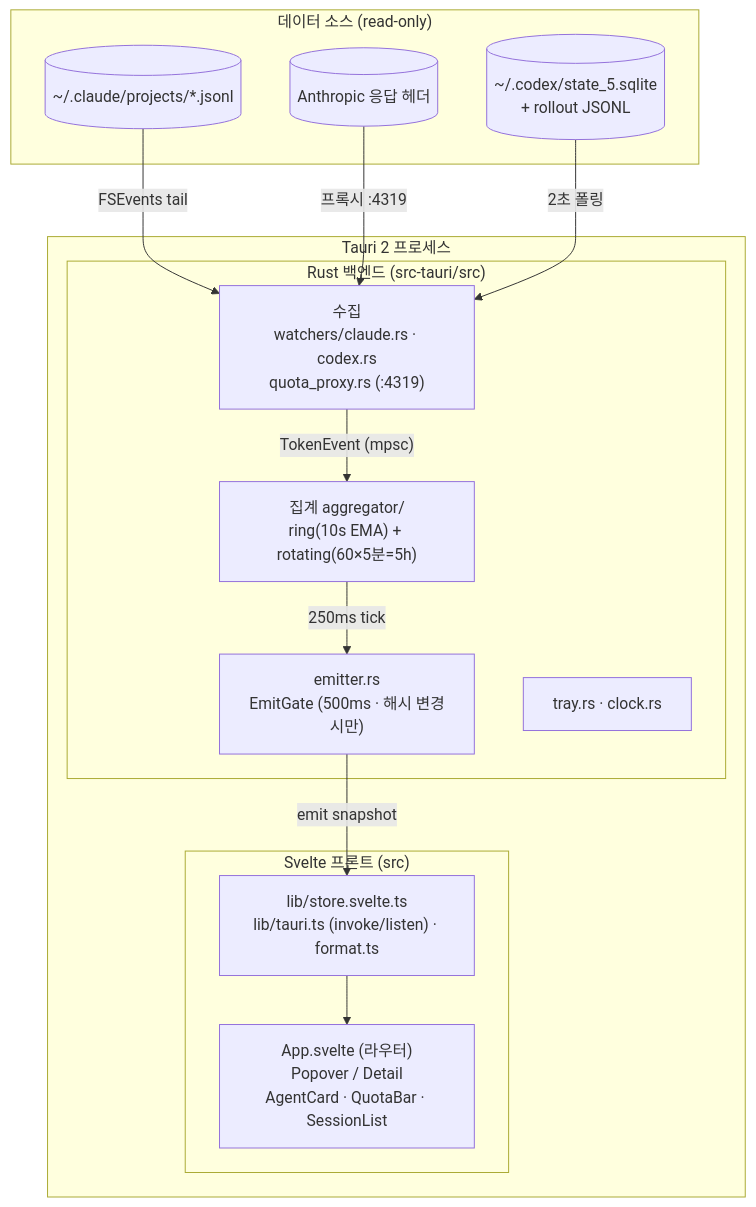
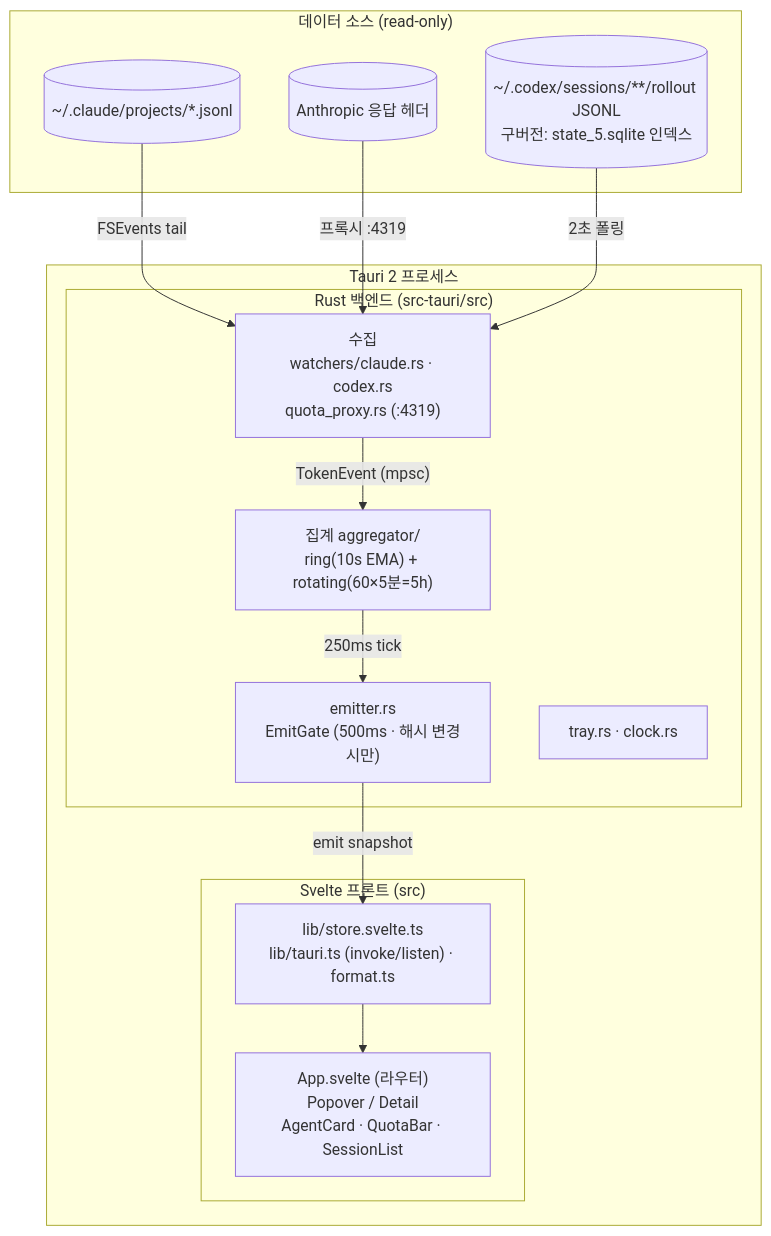
One commit to manaes/AIAgentMonitor changed the first of 2 diagrams in README.md. Above: the diagram before and after it, drawn with Mermaid. The commit also changed other lines of this file and 8 other files, not shown here.

````diff
--- a/README.md
+++ b/README.md
@@ -93,28 +93,28 @@
 ```mermaid
 graph TD
     subgraph Sources["데이터 소스 (read-only)"]
         CJ[("~/.claude/projects/*.jsonl")]
         CH[("Anthropic 응답 헤더")]
-        CX[("~/.codex/state_5.sqlite<br/>+ rollout JSONL")]
+        CX[("~/.codex/sessions/**/rollout JSONL<br/>구버전: state_5.sqlite 인덱스")]
     end
     subgraph Proc["Tauri 2 프로세스"]
         subgraph BE["Rust 백엔드 (src-tauri/src)"]
             Watch["수집<br/>watchers/claude.rs · codex.rs<br/>quota_proxy.rs (:4319)"]
             Agg["집계 aggregator/<br/>ring(10s EMA) + rotating(60×5분=5h)"]
             Emit["emitter.rs<br/>EmitGate (500ms · 해시 변경시만)"]
             Tray["tray.rs · clock.rs"]
         end
         subgraph FE["Svelte 프론트 (src)"]
             App["App.svelte (라우터)<br/>Popover / Detail<br/>AgentCard · QuotaBar · SessionList"]
             Lib["lib/store.svelte.ts<br/>lib/tauri.ts (invoke/listen) · format.ts"]
         end
     end
 
     CJ -->|"FSEvents tail"| Watch
     CH -->|"프록시 :4319"| Watch
     CX -->|"2초 폴링"| Watch
     Watch -->|"TokenEvent (mpsc)"| Agg
     Agg -->|"250ms tick"| Emit
     Emit -->|"emit snapshot"| Lib
     Lib --> App
 ```
````
